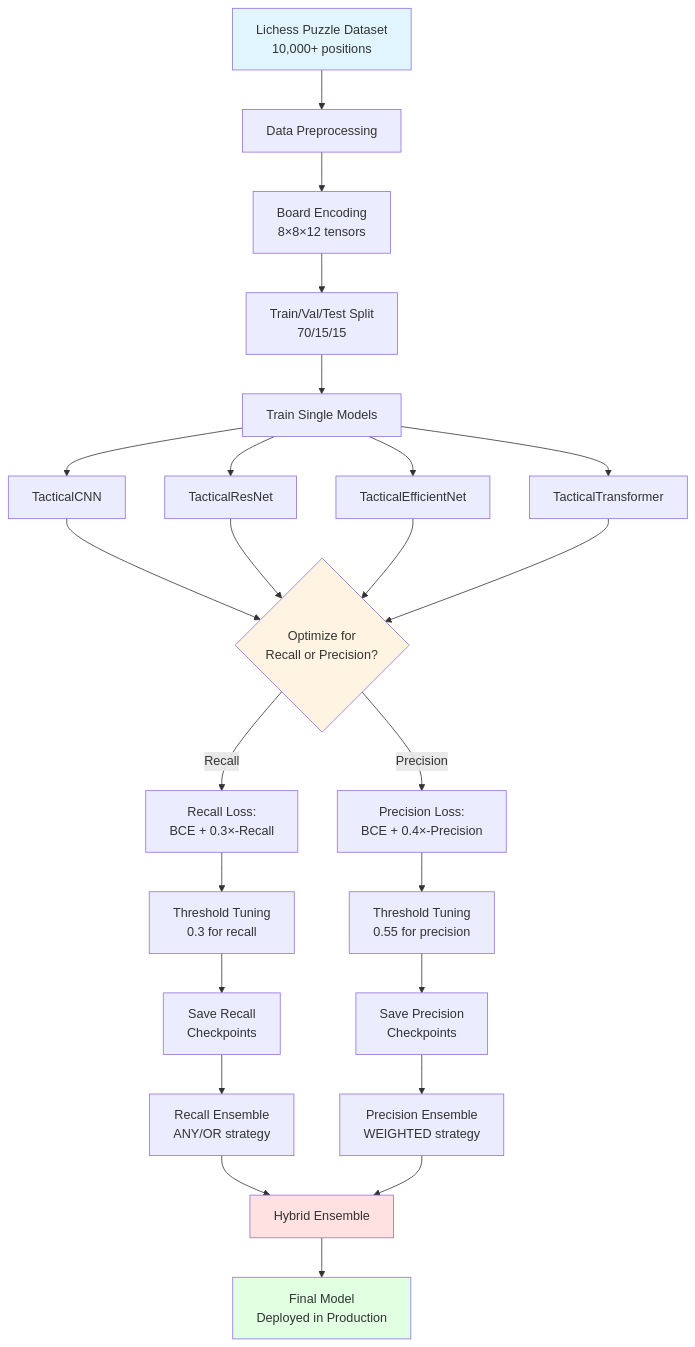
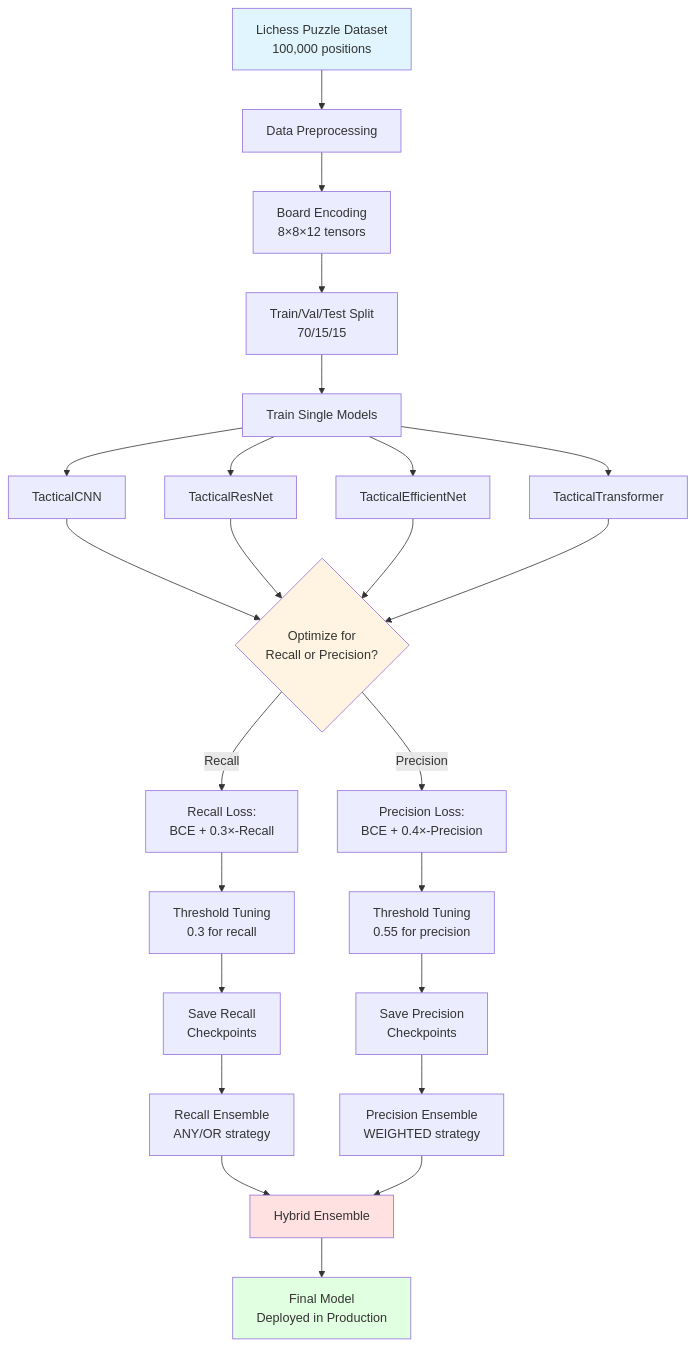
Before and after one commit to NSM1997/chessAI: diagram 16 of 16 in docs/THESIS_REPORT_FINAL.md, drawn with Mermaid. The commit also changed other lines of this file and 49 other files, not shown here.

````diff
--- a/docs/THESIS_REPORT_FINAL.md
+++ b/docs/THESIS_REPORT_FINAL.md
@@ -1195,39 +1195,39 @@
 ```mermaid
 flowchart TB
-    A[Lichess Puzzle Dataset<br/>10,000+ positions] --> B[Data Preprocessing]
+    A[Lichess Puzzle Dataset<br/>100,000 positions] --> B[Data Preprocessing]
     B --> C[Board Encoding<br/>8×8×12 tensors]
     C --> D[Train/Val/Test Split<br/>70/15/15]
     
     D --> E1[Train Single Models]
     E1 --> F1[TacticalCNN]
     E1 --> F2[TacticalResNet]
     E1 --> F3[TacticalEfficientNet]
     E1 --> F4[TacticalTransformer]
     
     F1 --> G{Optimize for<br/>Recall or Precision?}
     F2 --> G
     F3 --> G
     F4 --> G
     
     G -->|Recall| H1[Recall Loss:<br/>BCE + 0.3×-Recall]
     G -->|Precision| H2[Precision Loss:<br/>BCE + 0.4×-Precision]
     
     H1 --> I1[Threshold Tuning<br/>0.3 for recall]
     H2 --> I2[Threshold Tuning<br/>0.55 for precision]
     
     I1 --> J1[Save Recall<br/>Checkpoints]
     I2 --> J2[Save Precision<br/>Checkpoints]
     
     J1 --> K1[Recall Ensemble<br/>ANY/OR strategy]
     J2 --> K2[Precision Ensemble<br/>WEIGHTED strategy]
     
     K1 --> L[Hybrid Ensemble]
     K2 --> L
     
     L --> M[Final Model<br/>Deployed in Production]
     
     style A fill:#e1f5ff
     style G fill:#fff4e1
     style L fill:#ffe1e1
     style M fill:#e1ffe1
 ```
````
